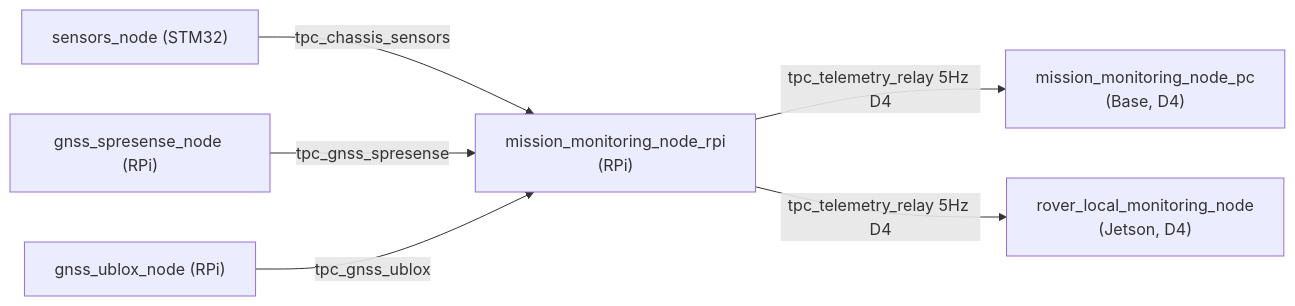
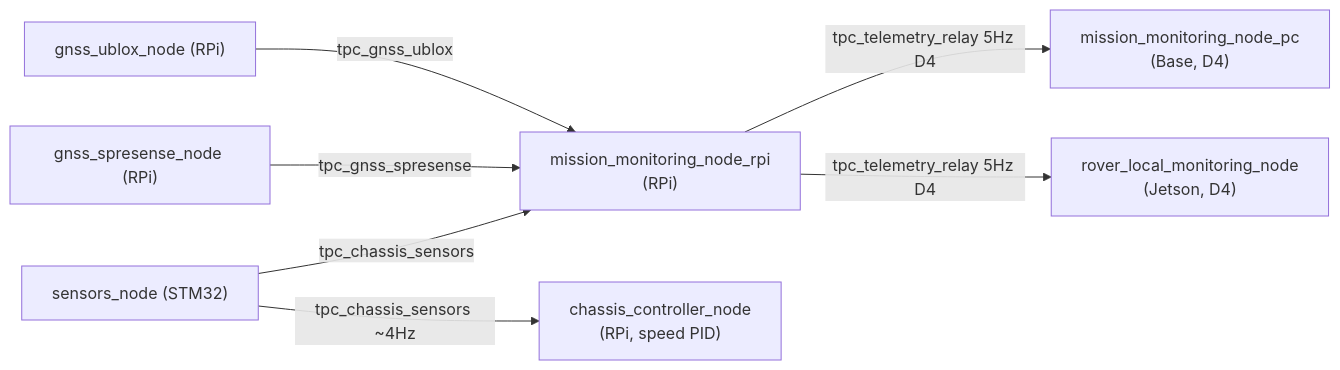
Before and after one commit to RoboticsGG/almondmatcha: the third of 3 diagrams in docs/TOPICS.md, drawn with Mermaid. The commit also changed other lines of this file and 11 other files, not shown here.

First line of the commit message:
feat(chassis_control): closed-loop chassis speed control via encoder feedback

````diff
--- a/docs/TOPICS.md
+++ b/docs/TOPICS.md
@@ -447,8 +450,9 @@
 ```mermaid
 flowchart LR
     SNS["sensors_node (STM32)"] -->|tpc_chassis_sensors| MON["mission_monitoring_node_rpi\n(RPi)"]
+    SNS -->|tpc_chassis_sensors ~4Hz| CC["chassis_controller_node\n(RPi, speed PID)"]
     SPRES["gnss_spresense_node (RPi)"] -->|tpc_gnss_spresense| MON
     UBLOX["gnss_ublox_node (RPi)"] -->|tpc_gnss_ublox| MON
     MON -->|tpc_telemetry_relay 5Hz D4| PC["mission_monitoring_node_pc\n(Base, D4)"]
     MON -->|tpc_telemetry_relay 5Hz D4| JL["rover_local_monitoring_node\n(Jetson, D4)"]
 ```
````
